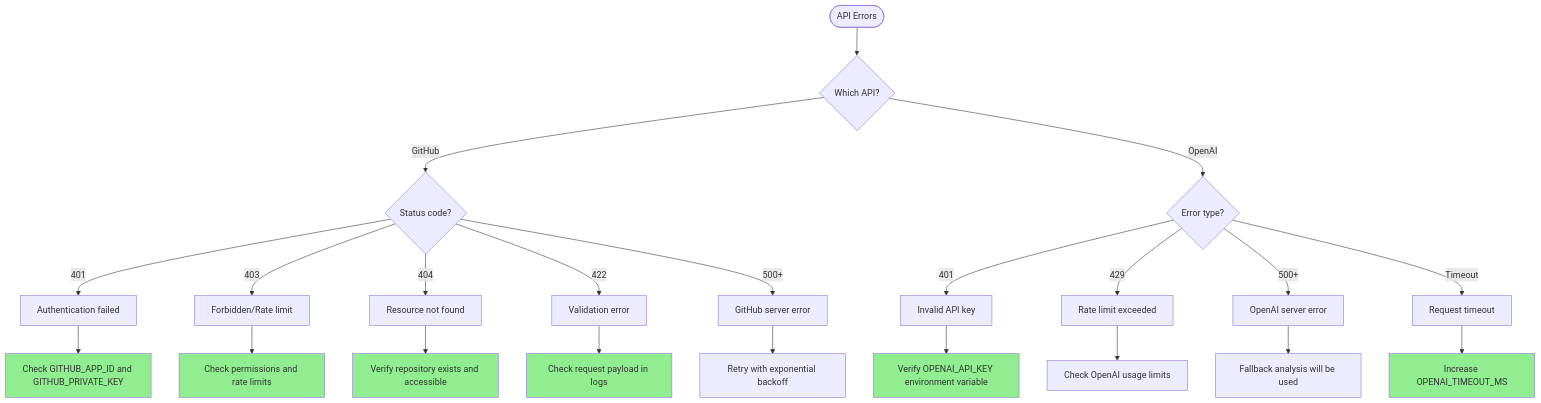
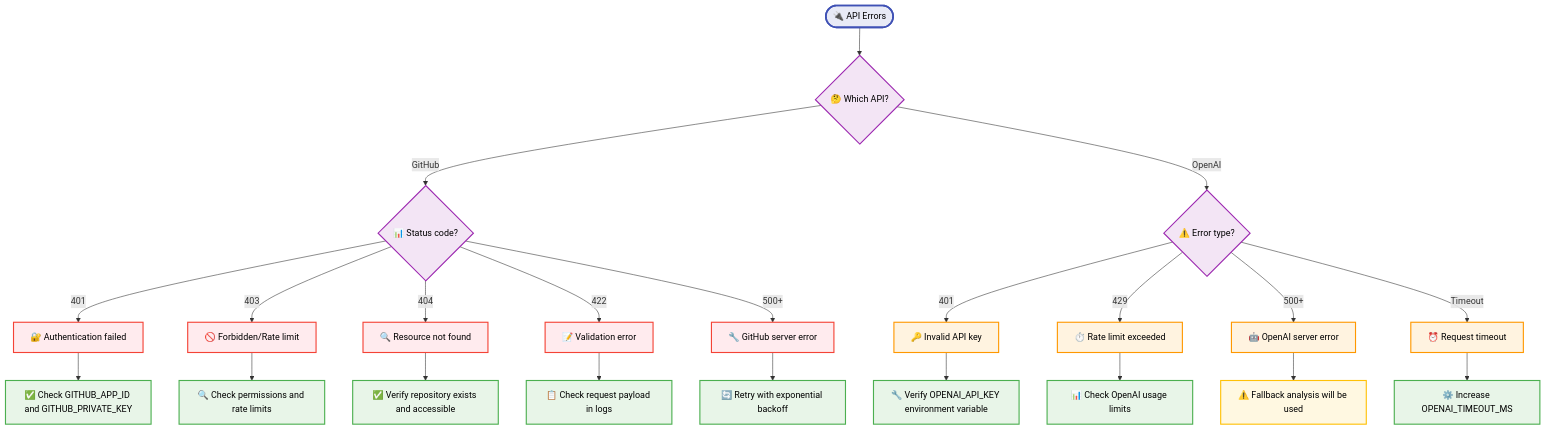
One commit to larp0/uwularpy changed the sixth of 10 diagrams in AT_L_PLAN_TROUBLESHOOTING_FLOWCHART.md. Above: the diagram before and after it, drawn with Mermaid. The commit also changed other lines of this file, not shown here.

Commit message:
Fix syntax issues and finalize mermaid diagram improvements

````diff
--- a/AT_L_PLAN_TROUBLESHOOTING_FLOWCHART.md
+++ b/AT_L_PLAN_TROUBLESHOOTING_FLOWCHART.md
@@ -217,36 +217,46 @@
 ```mermaid
 flowchart TD
-    APIFlow([API Errors]) --> API1{Which API?}
+    APIFlow([🔌 API Errors]) --> API1{🤔 Which API?}
     
-    API1 -->|GitHub| GH1{Status code?}
-    API1 -->|OpenAI| OAI1{Error type?}
+    API1 -->|GitHub| GH1{📊 Status code?}
+    API1 -->|OpenAI| OAI1{⚠️ Error type?}
     
-    GH1 -->|401| GH401[Authentication failed]
-    GH1 -->|403| GH403[Forbidden/Rate limit]
-    GH1 -->|404| GH404[Resource not found]
-    GH1 -->|422| GH422[Validation error]
-    GH1 -->|500+| GH500[GitHub server error]
+    GH1 -->|401| GH401[🔐 Authentication failed]
+    GH1 -->|403| GH403[🚫 Forbidden/Rate limit]
+    GH1 -->|404| GH404[🔍 Resource not found]
+    GH1 -->|422| GH422[📝 Validation error]
+    GH1 -->|500+| GH500[🔧 GitHub server error]
     
-    OAI1 -->|401| OAI401[Invalid API key]
-    OAI1 -->|429| OAI429[Rate limit exceeded]
-    OAI1 -->|500+| OAI500[OpenAI server error]
-    OAI1 -->|Timeout| OAITimeout[Request timeout]
+    OAI1 -->|401| OAI401[🔑 Invalid API key]
+    OAI1 -->|429| OAI429[⏱️ Rate limit exceeded]
+    OAI1 -->|500+| OAI500[🤖 OpenAI server error]
+    OAI1 -->|Timeout| OAITimeout[⏰ Request timeout]
     
-    GH401 --> GH401Fix[Check GITHUB_APP_ID and GITHUB_PRIVATE_KEY]
-    GH403 --> GH403Fix[Check permissions and rate limits]
-    GH404 --> GH404Fix[Verify repository exists and accessible]
-    GH422 --> GH422Fix[Check request payload in logs]
-    GH500 --> GH500Fix[Retry with exponential backoff]
+    GH401 --> GH401Fix[✅ Check GITHUB_APP_ID and GITHUB_PRIVATE_KEY]
+    GH403 --> GH403Fix[🔍 Check permissions and rate limits]
+    GH404 --> GH404Fix[✅ Verify repository exists and accessible]
+    GH422 --> GH422Fix[📋 Check request payload in logs]
+    GH500 --> GH500Fix[🔄 Retry with exponential backoff]
     
-    OAI401 --> OAI401Fix[Verify OPENAI_API_KEY environment variable]
-    OAI429 --> OAI429Fix[Check OpenAI usage limits]
-    OAI500 --> OAI500Fix[Fallback analysis will be used]
-    OAITimeout --> OAITimeoutFix[Increase OPENAI_TIMEOUT_MS]
+    OAI401 --> OAI401Fix[🔧 Verify OPENAI_API_KEY environment variable]
+    OAI429 --> OAI429Fix[📊 Check OpenAI usage limits]
+    OAI500 --> OAI500Fix[⚠️ Fallback analysis will be used]
+    OAITimeout --> OAITimeoutFix[⚙️ Increase OPENAI_TIMEOUT_MS]
     
-    style GH401Fix fill:#90EE90
-    style GH403Fix fill:#90EE90
-    style GH404Fix fill:#90EE90
-    style GH422Fix fill:#90EE90
-    style OAI401Fix fill:#90EE90
-    style OAITimeoutFix fill:#90EE90
+    %% Enhanced styling for API error categorization
+    classDef startNode fill:#e8eaf6,stroke:#3f51b5,stroke-width:3px,color:#000
+    classDef apiNode fill:#f3e5f5,stroke:#9c27b0,stroke-width:2px,color:#000
+    classDef githubError fill:#ffebee,stroke:#f44336,stroke-width:2px,color:#000
+    classDef openaiError fill:#fff3e0,stroke:#ff9800,stroke-width:2px,color:#000
+    classDef fixNode fill:#e8f5e8,stroke:#4caf50,stroke-width:2px,color:#000
+    classDef warningNode fill:#fff8e1,stroke:#ffc107,stroke-width:2px,color:#000
+    
+    class APIFlow startNode
+    class API1 apiNode
+    class GH1 apiNode
+    class OAI1 apiNode
+    class GH401,GH403,GH404,GH422,GH500 githubError
+    class OAI401,OAI429,OAI500,OAITimeout openaiError
+    class GH401Fix,GH403Fix,GH404Fix,GH422Fix,GH500Fix,OAI401Fix,OAI429Fix,OAITimeoutFix fixNode
+    class OAI500Fix warningNode
 ```
````
